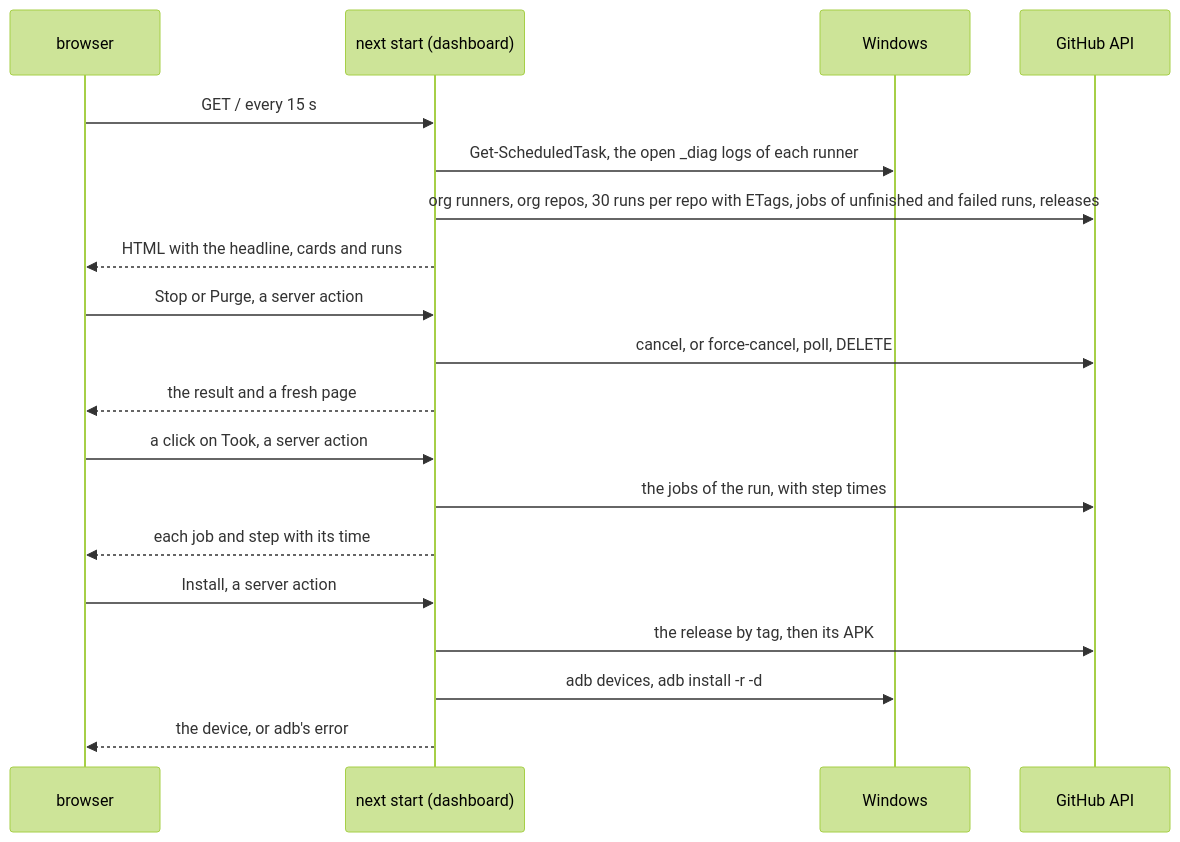
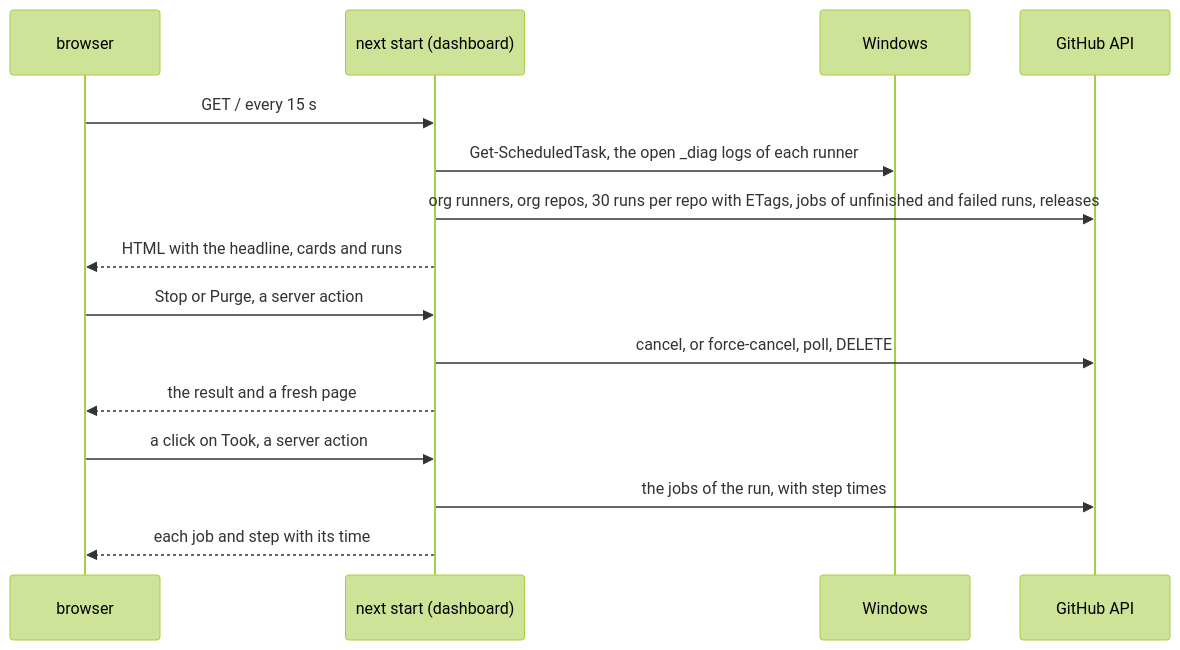
The fifth of 6 diagrams in docs/architecture.md (workbench-soft/local-ci), drawn with Mermaid (forest theme) before and after one commit. The commit also changed other lines of this file and 67 other files, not shown here.

````diff
--- a/docs/architecture.md
+++ b/docs/architecture.md
@@ -266,21 +222,17 @@
 ```mermaid
 sequenceDiagram
   participant B as browser
   participant N as next start (dashboard)
   participant W as Windows
   participant G as GitHub API
   B->>N: GET / every 15 s
   N->>W: Get-ScheduledTask, the open _diag logs of each runner
   N->>G: org runners, org repos, 30 runs per repo with ETags, jobs of unfinished and failed runs, releases
   N-->>B: HTML with the headline, cards and runs
   B->>N: Stop or Purge, a server action
   N->>G: cancel, or force-cancel, poll, DELETE
   N-->>B: the result and a fresh page
   B->>N: a click on Took, a server action
   N->>G: the jobs of the run, with step times
   N-->>B: each job and step with its time
-  B->>N: Install, a server action
-  N->>G: the release by tag, then its APK
-  N->>W: adb devices, adb install -r -d
-  N-->>B: the device, or adb's error
 ```
````
